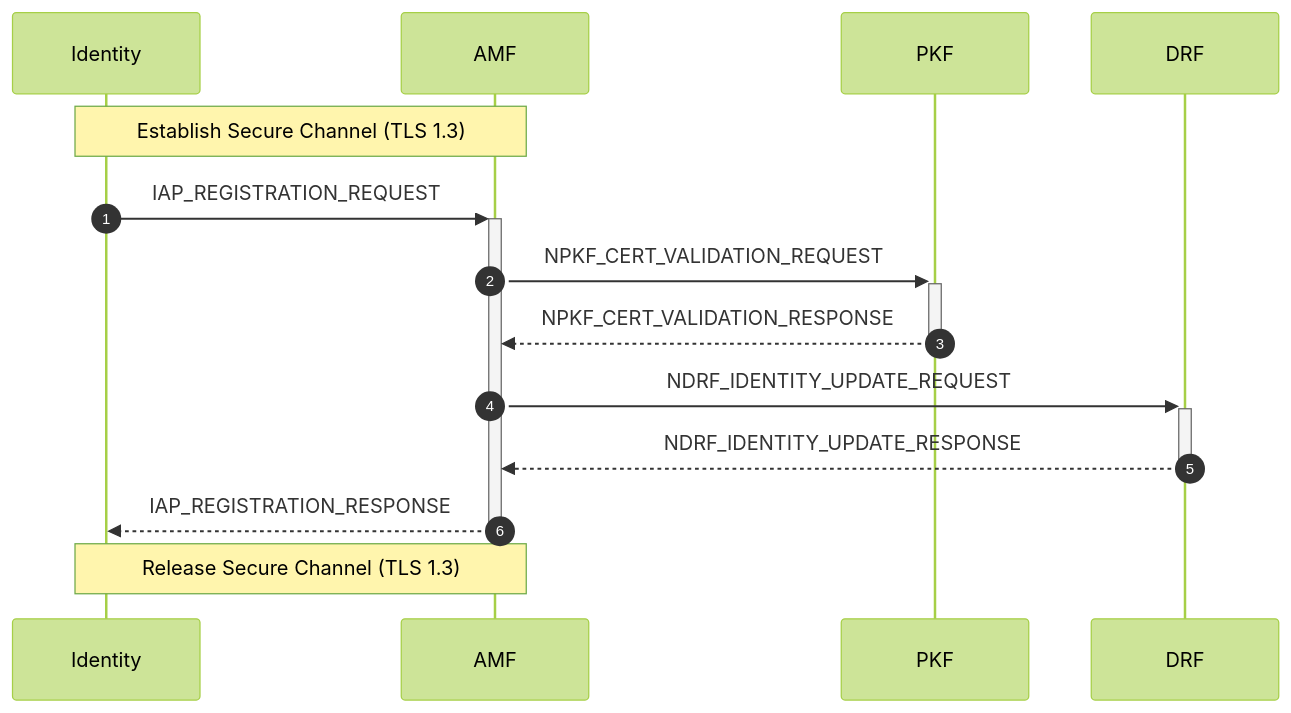
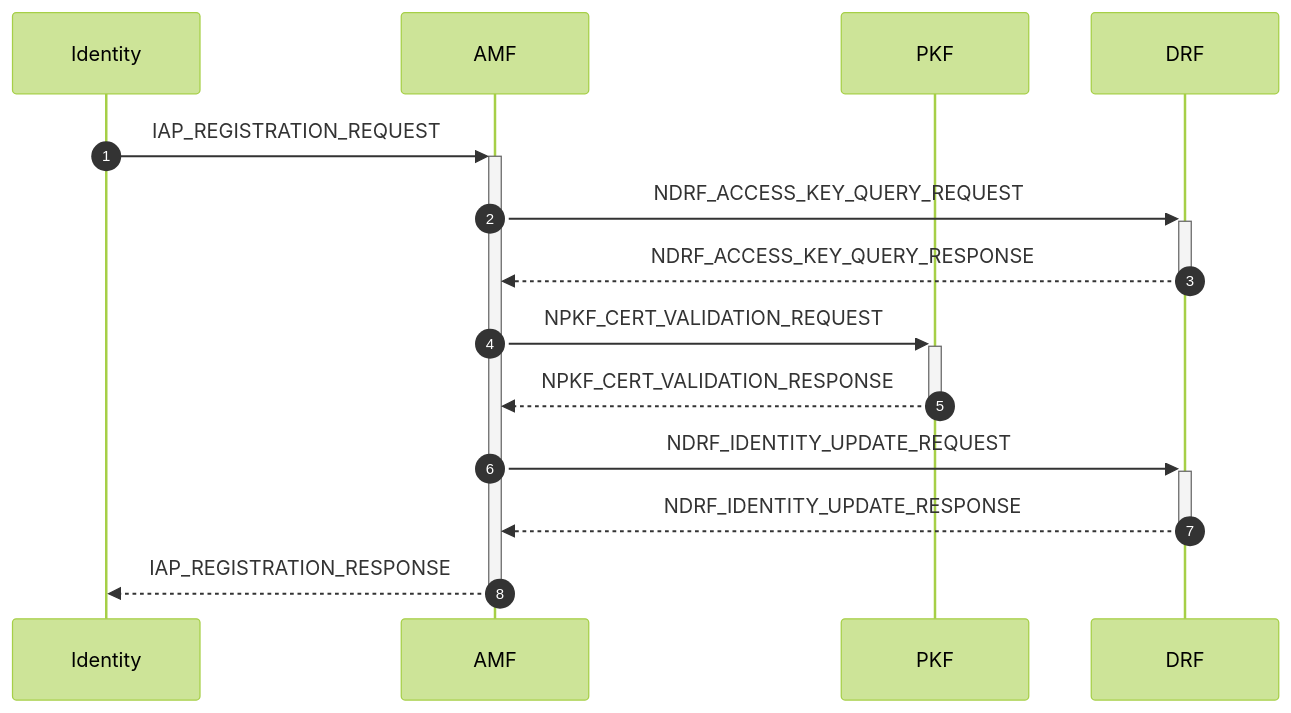
The seventh of 23 diagrams in doc/doc-spec/00-series-general/00.002-procedure.md (veil-link/veilink), drawn with Mermaid (forest theme) before and after one commit. The commit also changed other lines of this file and 1 other file, not shown here.

````diff
--- a/doc/doc-spec/00-series-general/00.002-procedure.md
+++ b/doc/doc-spec/00-series-general/00.002-procedure.md
@@ -159,18 +163,18 @@
 ```mermaid
 sequenceDiagram
     autonumber
 
     participant id as Identity
     participant amf as AMF
     participant pkf as PKF
     participant drf as DRF
 
-    Note over id, amf: Establish Secure Channel (TLS 1.3)
     id ->>+ amf: IAP_REGISTRATION_REQUEST
+    amf ->>+ drf: NDRF_ACCESS_KEY_QUERY_REQUEST
+    drf -->>- amf: NDRF_ACCESS_KEY_QUERY_RESPONSE
     amf ->>+ pkf: NPKF_CERT_VALIDATION_REQUEST
     pkf -->>- amf: NPKF_CERT_VALIDATION_RESPONSE
     amf ->>+ drf: NDRF_IDENTITY_UPDATE_REQUEST
     drf -->>- amf: NDRF_IDENTITY_UPDATE_RESPONSE
     amf -->>- id: IAP_REGISTRATION_RESPONSE
-    Note over id, amf: Release Secure Channel (TLS 1.3)
 ```
````
